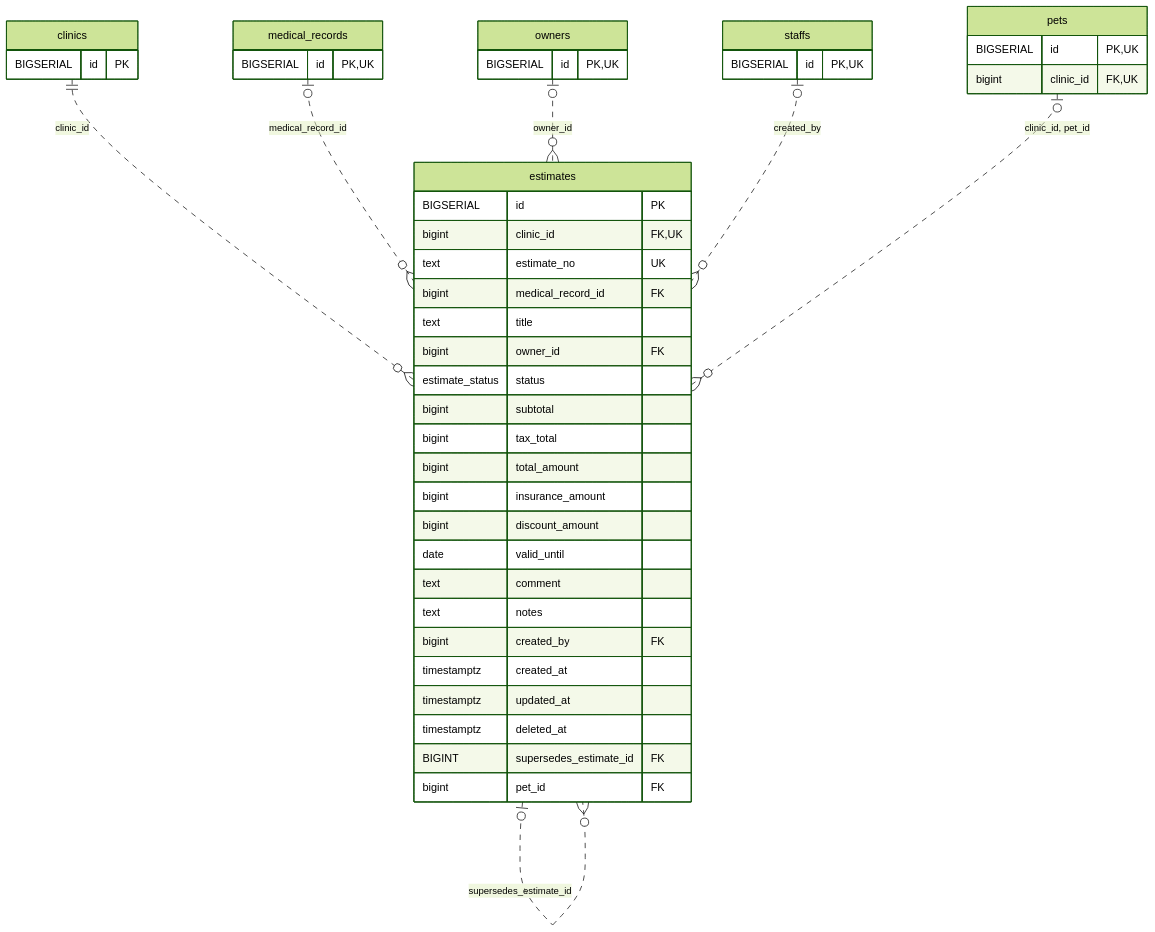
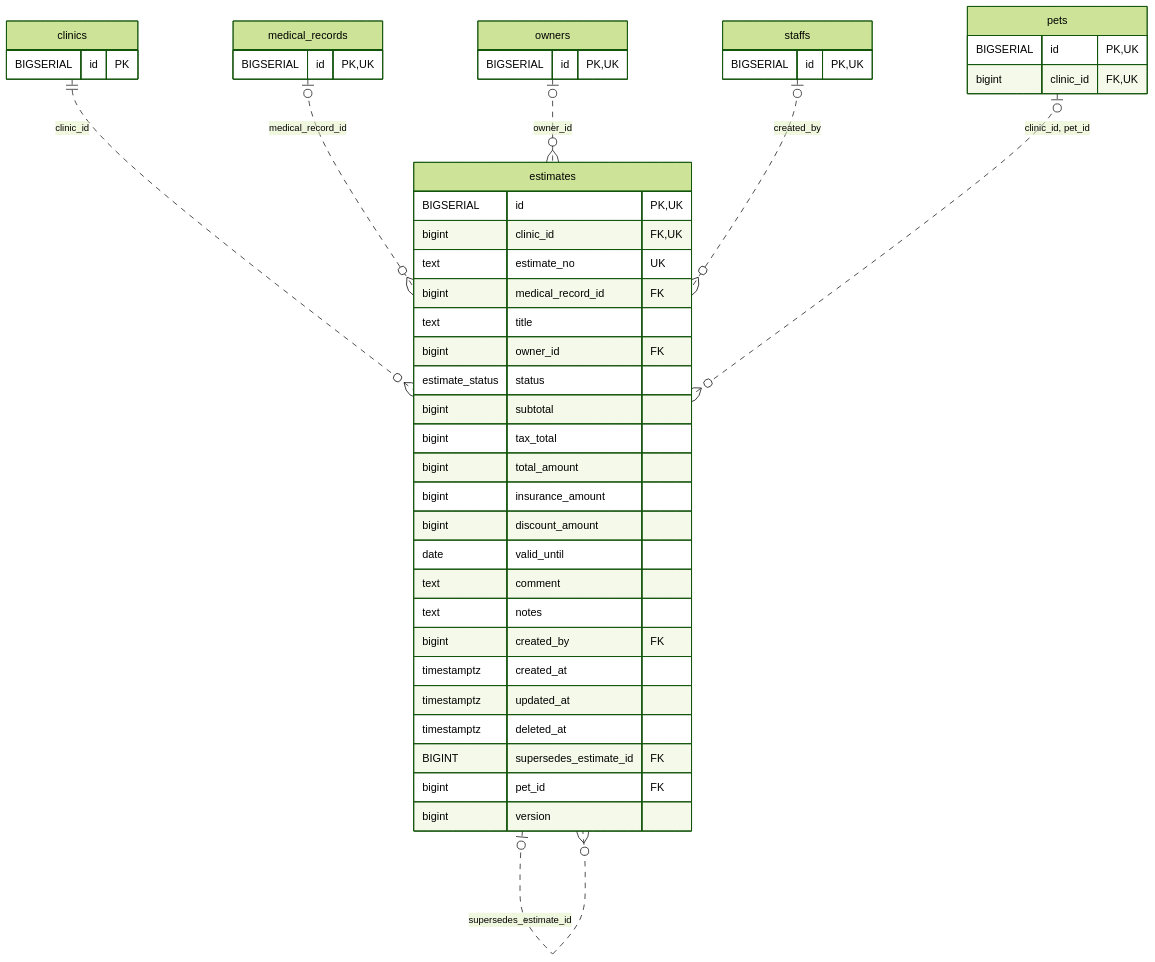
Before and after one commit to MinoruSoga/AnimalEkarte: the diagram in docs/architecture/erd-detail/estimates.md, drawn with Mermaid (forest theme). The commit also changed other lines of this file and 131 other files, not shown here.

````diff
--- a/docs/architecture/erd-detail/estimates.md
+++ b/docs/architecture/erd-detail/estimates.md
@@ -44,48 +45,49 @@
 ```mermaid
 erDiagram
     estimates {
-        BIGSERIAL id PK
+        BIGSERIAL id PK,UK
         bigint clinic_id FK,UK
         text estimate_no UK
         bigint medical_record_id FK
         text title
         bigint owner_id FK
         estimate_status status
         bigint subtotal
         bigint tax_total
         bigint total_amount
         bigint insurance_amount
         bigint discount_amount
         date valid_until
         text comment
         text notes
         bigint created_by FK
         timestamptz created_at
         timestamptz updated_at
         timestamptz deleted_at
         BIGINT supersedes_estimate_id FK
         bigint pet_id FK
+        bigint version
     }
     clinics {
         BIGSERIAL id PK
     }
     medical_records {
         BIGSERIAL id PK,UK
     }
     owners {
         BIGSERIAL id PK,UK
     }
     pets {
         BIGSERIAL id PK,UK
         bigint clinic_id FK,UK
     }
     staffs {
         BIGSERIAL id PK,UK
     }
     clinics ||..o{ estimates : "clinic_id"
     medical_records o|..o{ estimates : "medical_record_id"
     owners o|..o{ estimates : "owner_id"
     staffs o|..o{ estimates : "created_by"
     estimates o|..o{ estimates : "supersedes_estimate_id"
     pets o|..o{ estimates : "clinic_id, pet_id"
 ```
````
